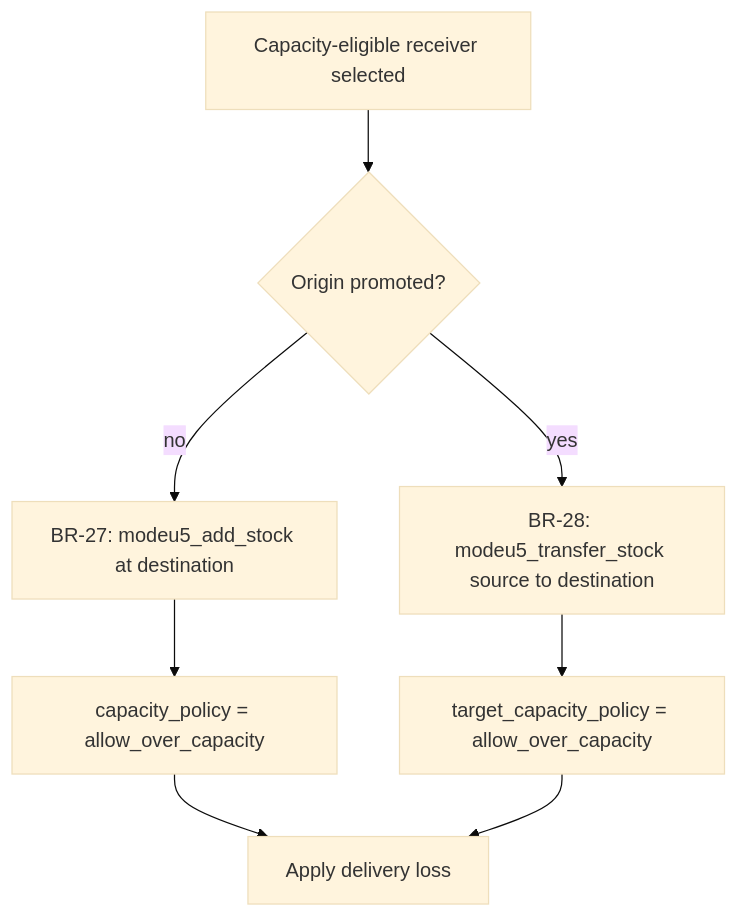
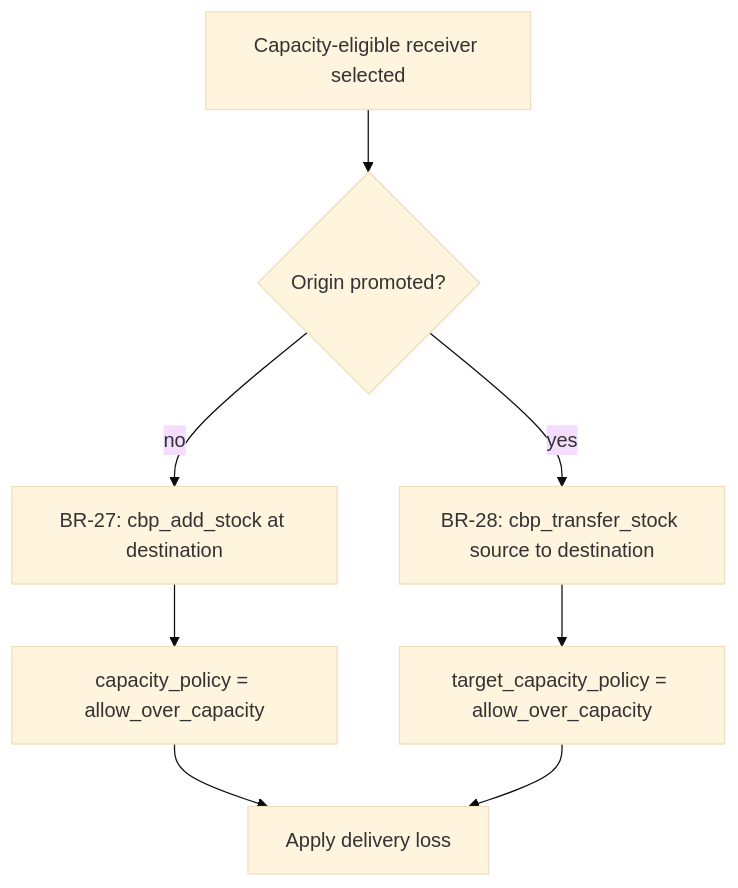
One commit to eu5mod/eu5-no-void-economy changed the sixth of 7 diagrams in docs/audits/pr107/Q5_workflow_state.md. Above: the diagram before and after it, drawn with Mermaid (base theme). The commit also changed other lines of this file and 209 other files, not shown here.

Commit message:
Remove modeu5_ for cbp_

````diff
--- a/docs/audits/pr107/Q5_workflow_state.md
+++ b/docs/audits/pr107/Q5_workflow_state.md
@@ -161,10 +161,10 @@
 ```mermaid
 flowchart TD
     A[Capacity-eligible receiver selected] --> B{Origin promoted?}
-    B -- no --> C[BR-27: modeu5_add_stock at destination]
-    B -- yes --> D[BR-28: modeu5_transfer_stock source to destination]
+    B -- no --> C[BR-27: cbp_add_stock at destination]
+    B -- yes --> D[BR-28: cbp_transfer_stock source to destination]
     C --> E[capacity_policy = allow_over_capacity]
     D --> F[target_capacity_policy = allow_over_capacity]
     E --> G[Apply delivery loss]
     F --> G
 ```
````
